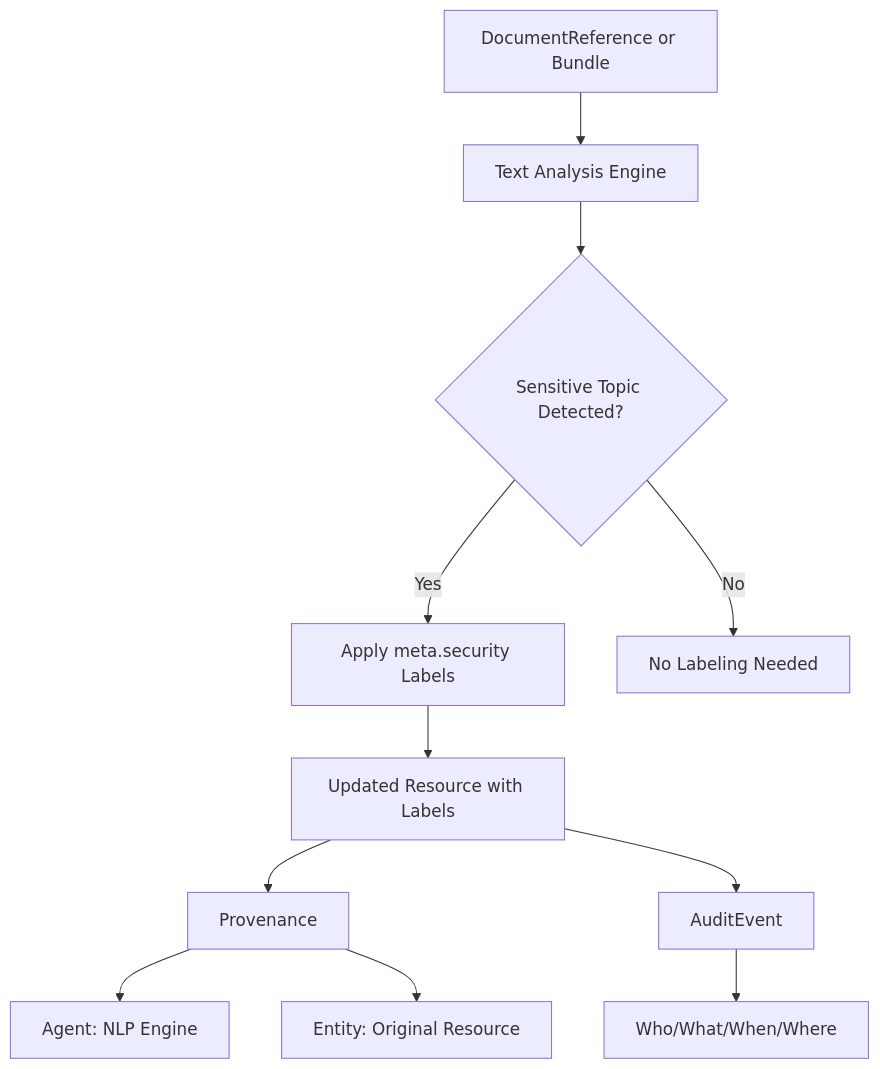
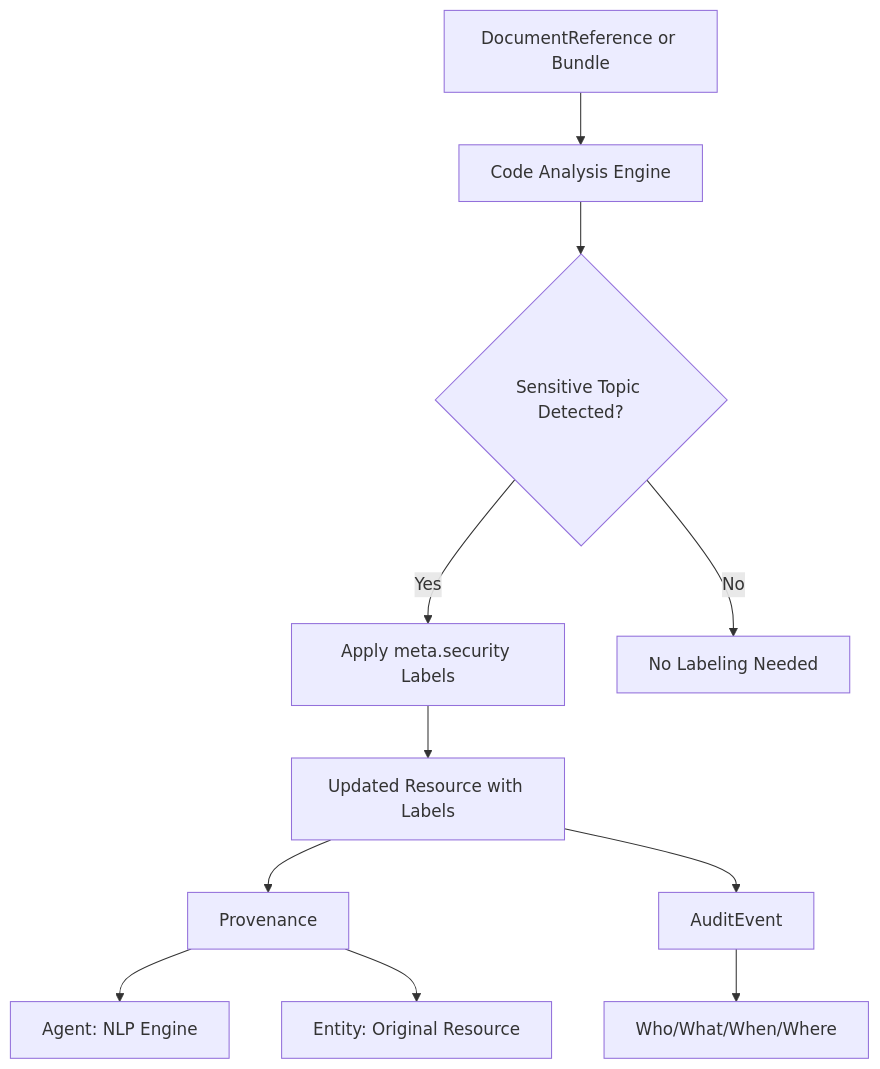
The diagram in input/pagecontent/sls.md (SHIFT-Task-Force/demo-fhir-data), drawn with Mermaid before and after one commit. The commit also changed 8 other files, not shown here.

````diff
--- a/input/pagecontent/sls.md
+++ b/input/pagecontent/sls.md
@@ -15,15 +15,15 @@
 ```mermaid
 graph TD
-  A[DocumentReference or Bundle] --> B[Text Analysis Engine]
+  A[DocumentReference or Bundle] --> B[Code Analysis Engine]
   B --> C{Sensitive Topic Detected?}
   C -->|Yes| D[Apply meta.security Labels]
   C -->|No| E[No Labeling Needed]
 
   D --> F[Updated Resource with Labels]
   F --> G[Provenance]
   G --> H[Agent: NLP Engine]
   G --> I[Entity: Original Resource]
 
   F --> J[AuditEvent]
   J --> K[Who/What/When/Where]
   ```
````
